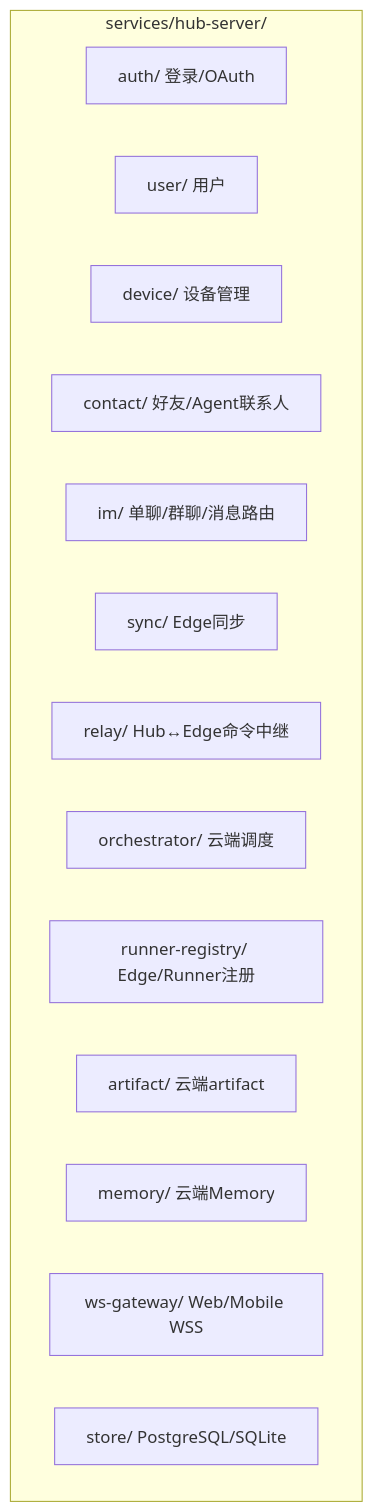
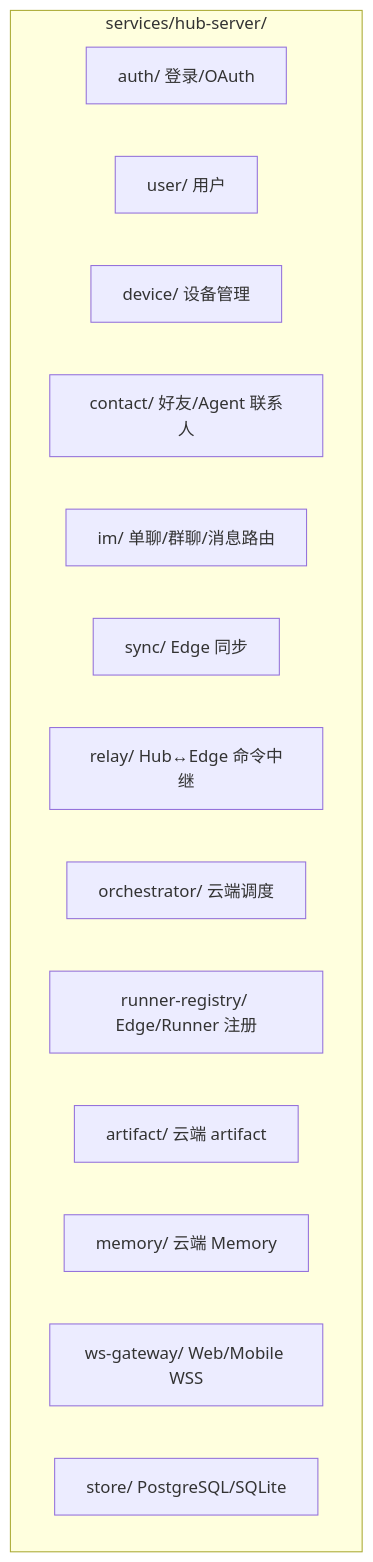
Before and after one commit to TokenDanceLab/AgentHub: the second of 10 diagrams in docs/architecture.md, drawn with Mermaid. The commit also changed other lines of this file and 49 other files, not shown here.

````diff
--- a/docs/architecture.md
+++ b/docs/architecture.md
@@ -38,18 +38,18 @@
 ```mermaid
 graph TB
     subgraph Hub["services/hub-server/"]
         Auth["auth/ 登录/OAuth"]
         User["user/ 用户"]
         Device["device/ 设备管理"]
-        Contact["contact/ 好友/Agent联系人"]
+        Contact["contact/ 好友/Agent 联系人"]
         IM["im/ 单聊/群聊/消息路由"]
-        Sync["sync/ Edge同步"]
-        Relay["relay/ Hub↔Edge命令中继"]
+        Sync["sync/ Edge 同步"]
+        Relay["relay/ Hub↔Edge 命令中继"]
         Orch["orchestrator/ 云端调度"]
-        Reg["runner-registry/ Edge/Runner注册"]
-        Art["artifact/ 云端artifact"]
-        Mem["memory/ 云端Memory"]
+        Reg["runner-registry/ Edge/Runner 注册"]
+        Art["artifact/ 云端 artifact"]
+        Mem["memory/ 云端 Memory"]
         WSG["ws-gateway/ Web/Mobile WSS"]
         Store["store/ PostgreSQL/SQLite"]
     end
 ```
````
